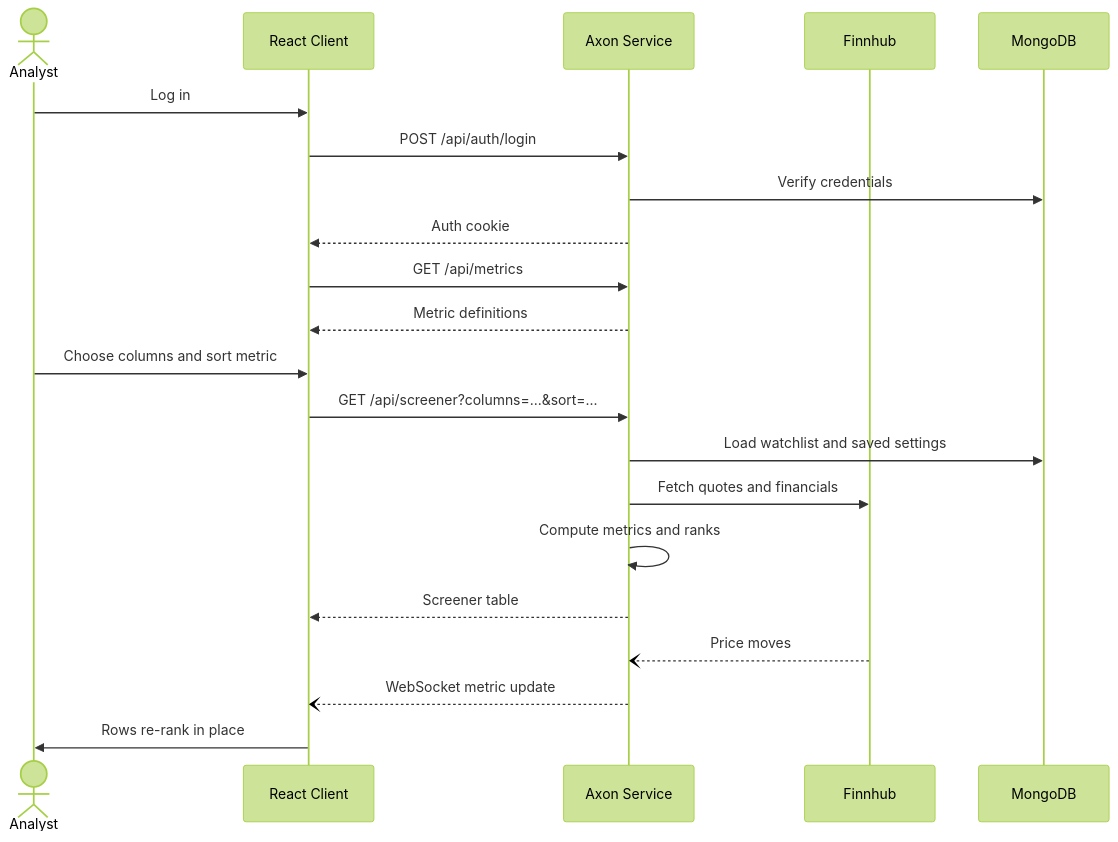
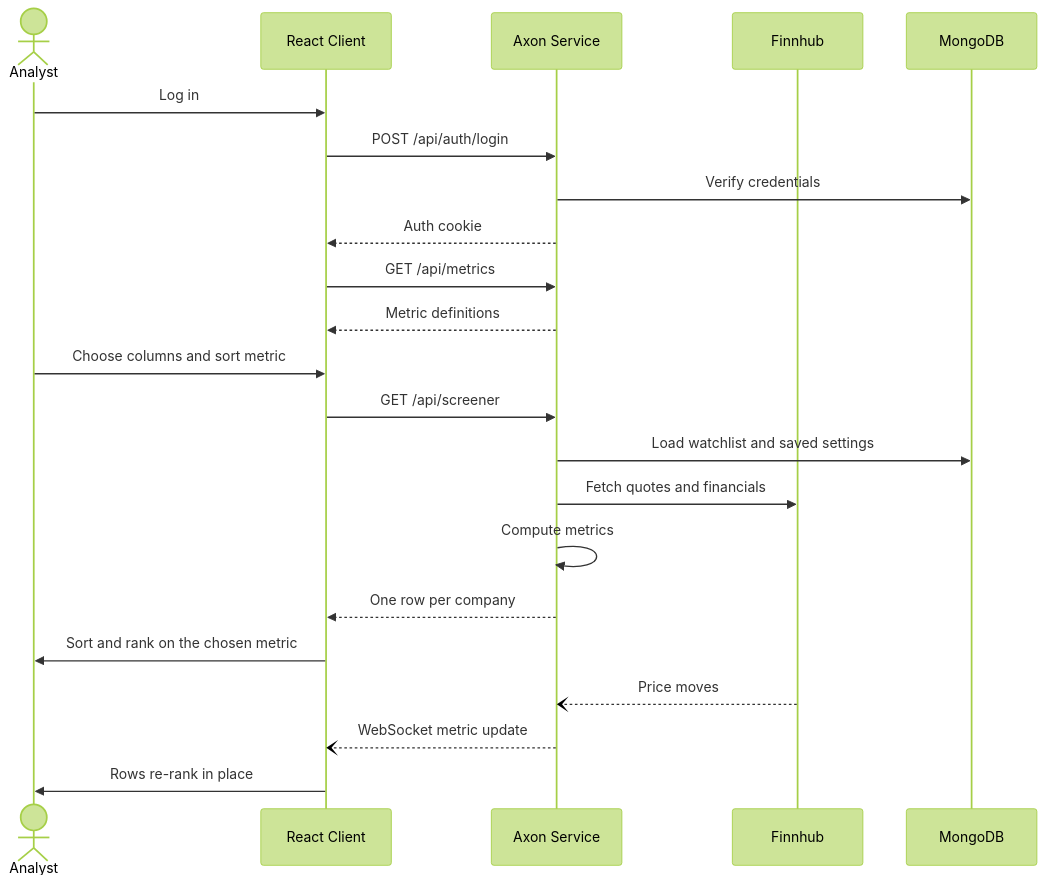
The diagram in README.md (isaac-downs-3/startup), drawn with Mermaid (forest theme) before and after one commit. The commit also changed other lines of this file, not shown here.

Commit message:
Document the service deliverable and update the spec to match

````diff
--- a/README.md
+++ b/README.md
@@ -35,24 +35,25 @@
 ```mermaid
 sequenceDiagram
     actor Analyst
     participant Client as React Client
     participant Service as Axon Service
     participant Market as Finnhub
     participant DB as MongoDB
 
     Analyst->>Client: Log in
     Client->>Service: POST /api/auth/login
     Service->>DB: Verify credentials
     Service-->>Client: Auth cookie
     Client->>Service: GET /api/metrics
     Service-->>Client: Metric definitions
     Analyst->>Client: Choose columns and sort metric
-    Client->>Service: GET /api/screener?columns=...&sort=...
+    Client->>Service: GET /api/screener
     Service->>DB: Load watchlist and saved settings
     Service->>Market: Fetch quotes and financials
-    Service->>Service: Compute metrics and ranks
-    Service-->>Client: Screener table
+    Service->>Service: Compute metrics
+    Service-->>Client: One row per company
+    Client->>Analyst: Sort and rank on the chosen metric
     Market--)Service: Price moves
     Service--)Client: WebSocket metric update
     Client->>Analyst: Rows re-rank in place
 ```
````
